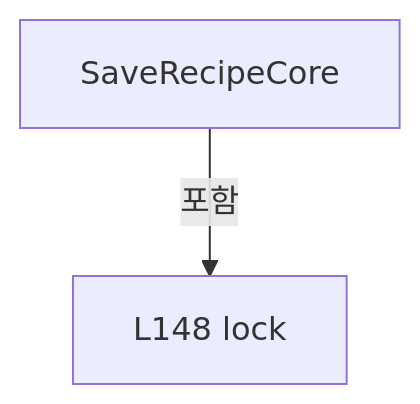
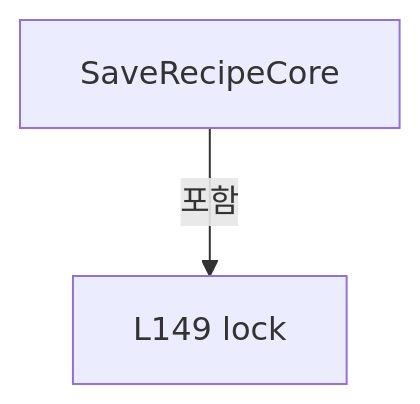
The seventh of 18 diagrams in A3 LD Code Ref/files/Drilling.Common/Managers/CRecipeManager.cs.md (kjuws10-rgb/Shared), drawn with Mermaid before and after one commit. The commit also changed other lines of this file and 2071 other files, not shown here.

Commit message:
docs(a3): update 11.19.0 architecture and code reference

````diff
--- a/A3 LD Code Ref/files/Drilling.Common/Managers/CRecipeManager.cs.md
+++ b/A3 LD Code Ref/files/Drilling.Common/Managers/CRecipeManager.cs.md
@@ -1065,6 +1066,6 @@
 ```mermaid
 flowchart TD
  M["SaveRecipeCore"]
- N0["L148 lock"]
+ N0["L149 lock"]
  M -->|포함| N0
 ```
````
